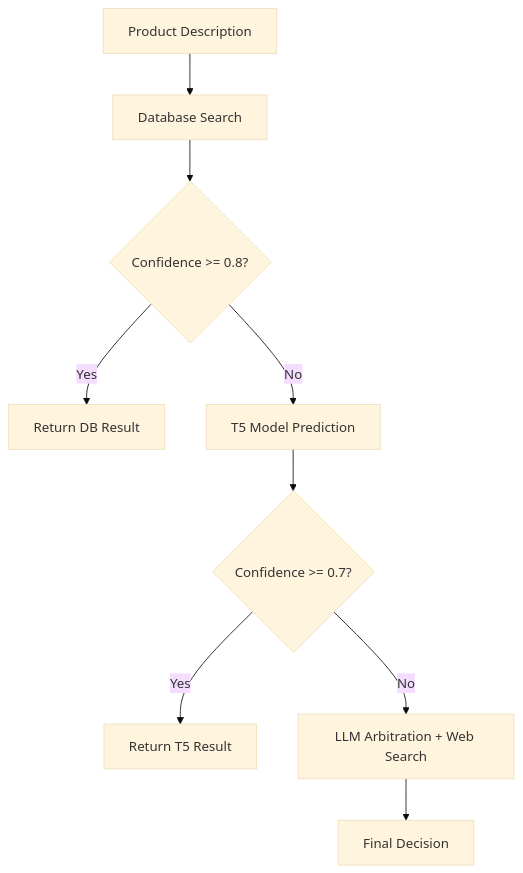
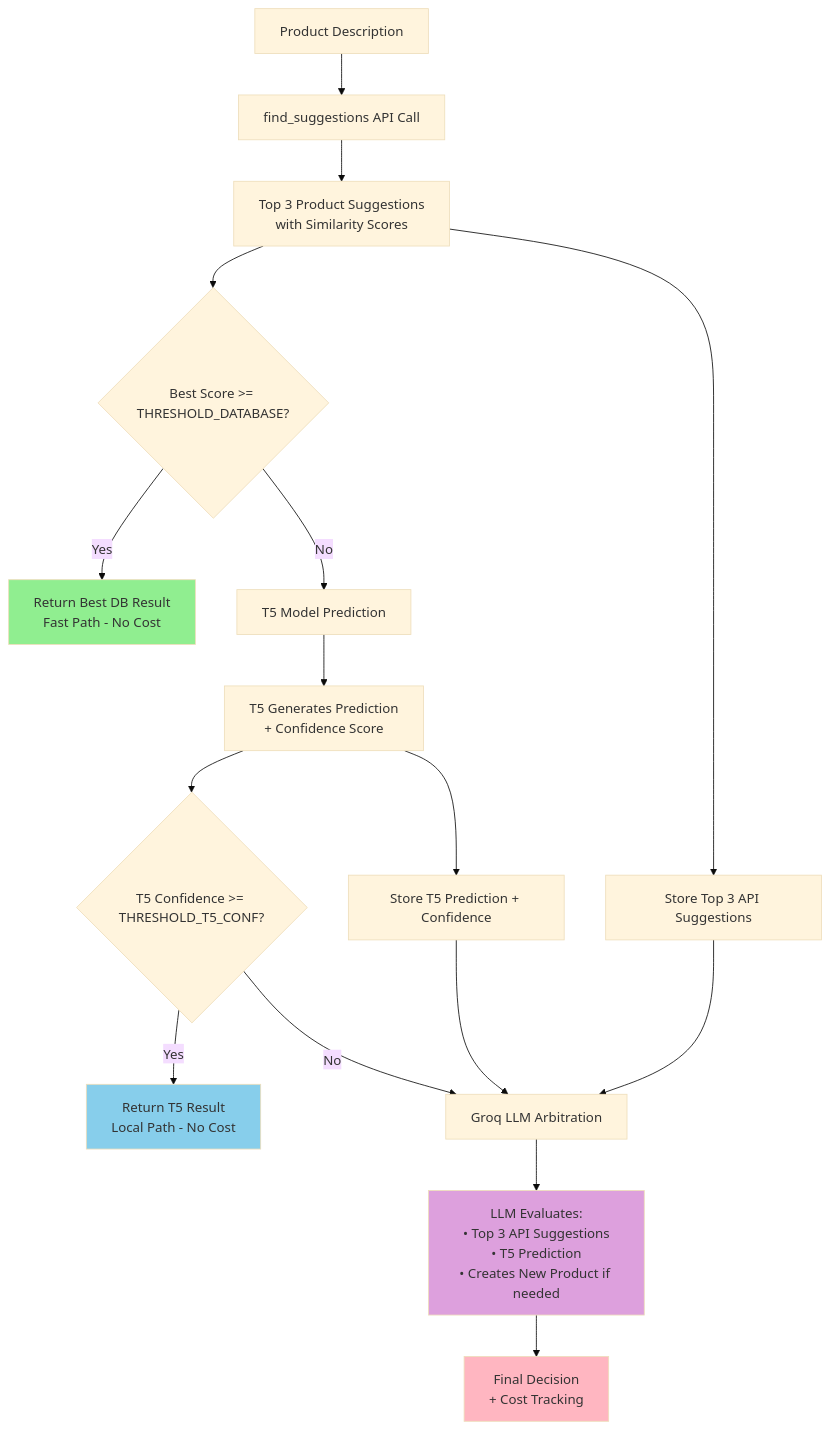
The diagram in README.md (ismailsaid2001/product_matching_new_api), drawn with Mermaid (base theme) before and after one commit. The commit also changed other lines of this file, not shown here.

Commit message:
updated Readme file

````diff
--- a/README.md
+++ b/README.md
@@ -18,11 +18,25 @@
 ```mermaid
 graph TD
-    A[Product Description] --> B[Database Search]
-    B --> C{Confidence >= 0.8?}
-    C -->|Yes| D[Return DB Result]
+    A[Product Description] --> B[find_suggestions API Call]
+    B --> B1[Top 3 Product Suggestions<br/>with Similarity Scores]
+    B1 --> C{Best Score >= THRESHOLD_DATABASE?}
+    C -->|Yes| D[Return Best DB Result<br/>Fast Path - No Cost]
     C -->|No| E[T5 Model Prediction]
-    E --> F{Confidence >= 0.7?}
-    F -->|Yes| G[Return T5 Result]
-    F -->|No| H[LLM Arbitration + Web Search]
-    H --> I[Final Decision]
+    E --> E1[T5 Generates Prediction<br/>+ Confidence Score]
+    E1 --> F{T5 Confidence >= THRESHOLD_T5_CONF?}
+    F -->|Yes| G[Return T5 Result<br/>Local Path - No Cost]
+    F -->|No| H[Groq LLM Arbitration]
+    
+    B1 --> H1[Store Top 3 API Suggestions]
+    E1 --> H2[Store T5 Prediction + Confidence]
+    H1 --> H
+    H2 --> H
+    
+    H --> H3[LLM Evaluates:<br/>• Top 3 API Suggestions<br/>• T5 Prediction<br/>• Creates New Product if needed]
+    H3 --> I[Final Decision<br/>+ Cost Tracking]
+    
+    style D fill:#90EE90
+    style G fill:#87CEEB  
+    style I fill:#FFB6C1
+    style H3 fill:#DDA0DD
 ```
````
